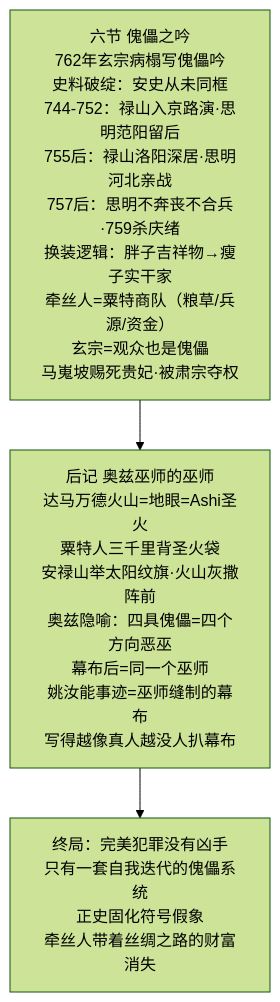
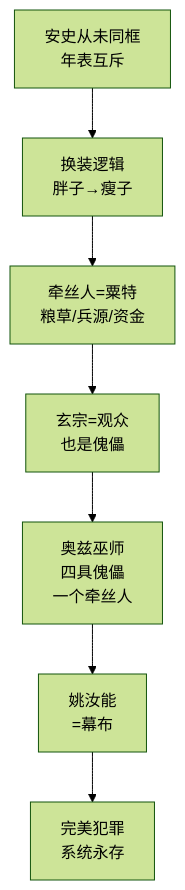
Before and after one commit to Seek-Key-LTD/kunpengzhi-podcast: the sixth of 6 diagrams in analysis/原文结构flowchart_第08章.md, drawn with Mermaid (forest theme). The commit also changed other lines of this file, not shown here.

Commit message:
原文flowchart精简自解释版(mermaid原生渲染)

````diff
--- a/analysis/原文结构flowchart_第08章.md
+++ b/analysis/原文结构flowchart_第08章.md
@@ -60,5 +65,9 @@
 ```mermaid
 flowchart TD
-    P1[六节 傀儡之吟<br/>762年玄宗病榻写傀儡吟<br/>史料破绽：安史从未同框<br/>744-752：禄山入京路演·思明范阳留后<br/>755后：禄山洛阳深居·思明河北亲战<br/>757后：思明不奔丧不合兵·759杀庆绪<br/>换装逻辑：胖子吉祥物→瘦子实干家<br/>牵丝人=粟特商队（粮草/兵源/资金）<br/>玄宗=观众也是傀儡<br/>马嵬坡赐死贵妃·被肃宗夺权] --> P2[后记 奥兹巫师的巫师<br/>达马万德火山=地眼=Ashi圣火<br/>粟特人三千里背圣火袋<br/>安禄山举太阳纹旗·火山灰撒阵前<br/>奥兹隐喻：四具傀儡=四个方向恶巫<br/>幕布后=同一个巫师<br/>姚汝能事迹=巫师缝制的幕布<br/>写得越像真人越没人扒幕布]
-    P2 --> R5[终局：完美犯罪没有凶手<br/>只有一套自我迭代的傀儡系统<br/>正史固化符号假象<br/>牵丝人带着丝绸之路的财富消失]
+    A[安史从未同框<br/>年表互斥] --> B[换装逻辑<br/>胖子→瘦子]
+    B --> C[牵丝人=粟特<br/>粮草/兵源/资金]
+    C --> D[玄宗=观众<br/>也是傀儡]
+    D --> E[奥兹巫师<br/>四具傀儡<br/>一个牵丝人]
+    E --> F[姚汝能<br/>=幕布]
+    F --> G[完美犯罪<br/>系统永存]
 ```
````
